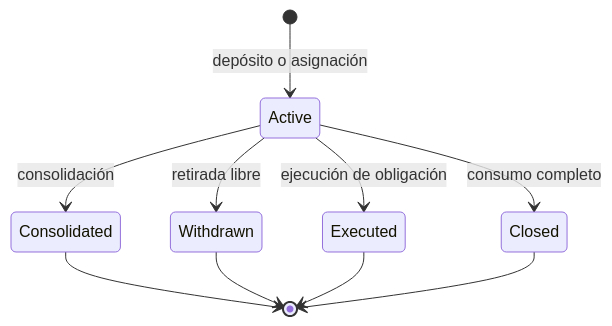
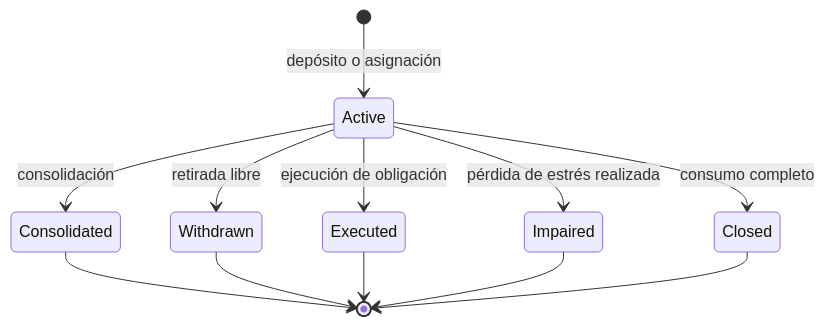
Before and after one commit to SolguardLabs/MosaicDTL: the diagram in docs/ARCHITECTURE.md, drawn with Mermaid. The commit also changed other lines of this file and 29 other files, not shown here.

````diff
--- a/docs/ARCHITECTURE.md
+++ b/docs/ARCHITECTURE.md
@@ -5,12 +5,14 @@
 ```mermaid
 stateDiagram-v2
   [*] --> Active: depósito o asignación
   Active --> Consolidated: consolidación
   Active --> Withdrawn: retirada libre
   Active --> Executed: ejecución de obligación
+  Active --> Impaired: pérdida de estrés realizada
   Active --> Closed: consumo completo
   Consolidated --> [*]
   Withdrawn --> [*]
   Executed --> [*]
+  Impaired --> [*]
   Closed --> [*]
 ```
````
